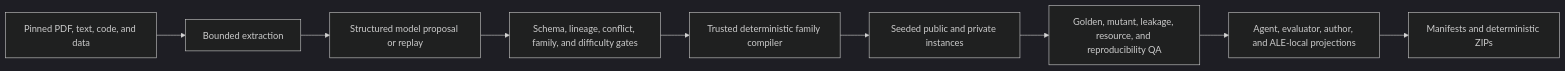
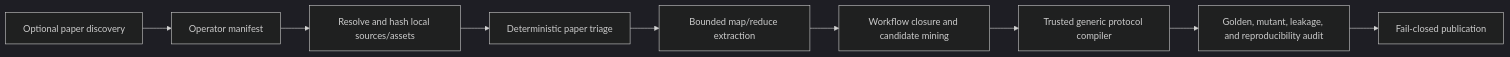
The diagram in README.md (jingxuxie/ALE_scalable_pipeline), drawn with Mermaid (dark theme) before and after one commit. The commit also changed other lines of this file and 78 other files, not shown here.

Commit message:
Generalize and harden Paper2ALE pipeline

````diff
--- a/README.md
+++ b/README.md
@@ -155,11 +11,11 @@
 ```mermaid
 flowchart LR
-    S["Pinned PDF, text, code, and data"] --> X["Bounded extraction"]
-    X --> M["Structured model proposal or replay"]
-    M --> V["Schema, lineage, conflict, family, and difficulty gates"]
-    V --> F["Trusted deterministic family compiler"]
-    F --> I["Seeded public and private instances"]
-    I --> Q["Golden, mutant, leakage, resource, and reproducibility QA"]
-    Q --> P["Agent, evaluator, author, and ALE-local projections"]
-    P --> Z["Manifests and deterministic ZIPs"]
+    D["Optional paper discovery"] --> M["Operator manifest"]
+    M --> R["Resolve and hash local sources/assets"]
+    R --> T["Deterministic paper triage"]
+    T --> X["Bounded map/reduce extraction"]
+    X --> W["Workflow closure and candidate mining"]
+    W --> G["Trusted generic protocol compiler"]
+    G --> A["Golden, mutant, leakage, and reproducibility audit"]
+    A --> P["Fail-closed publication"]
 ```
````
